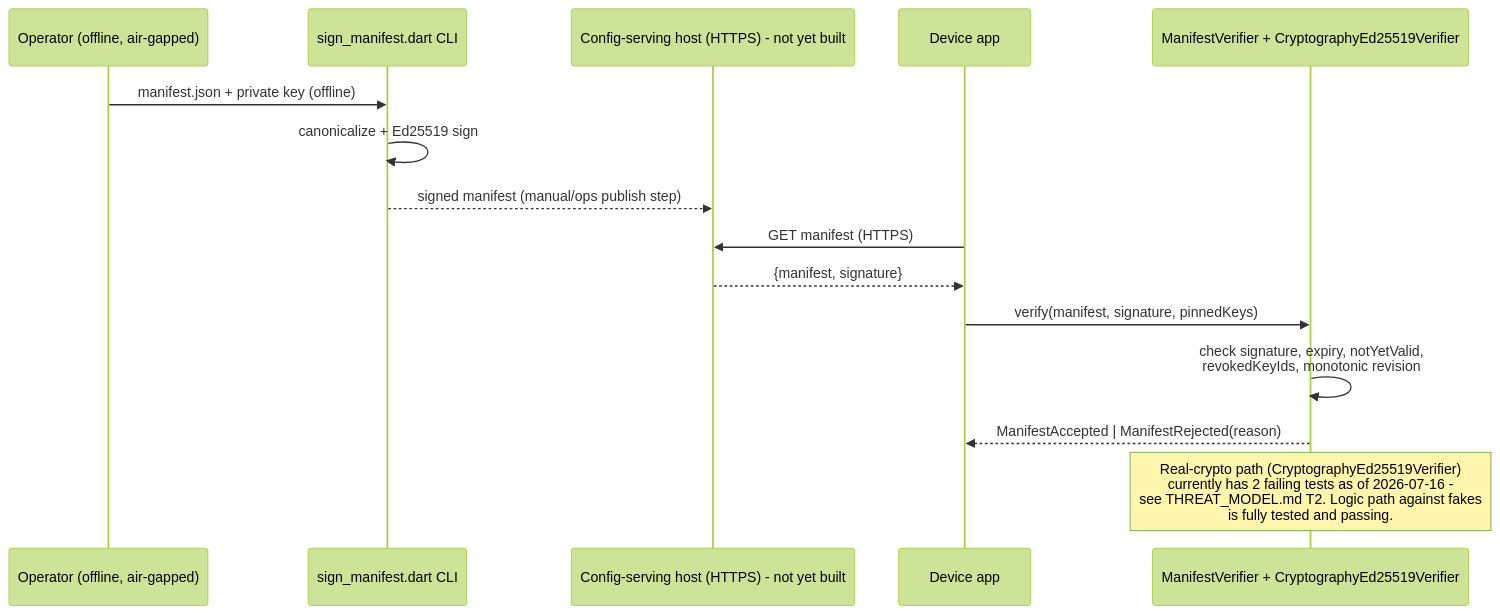
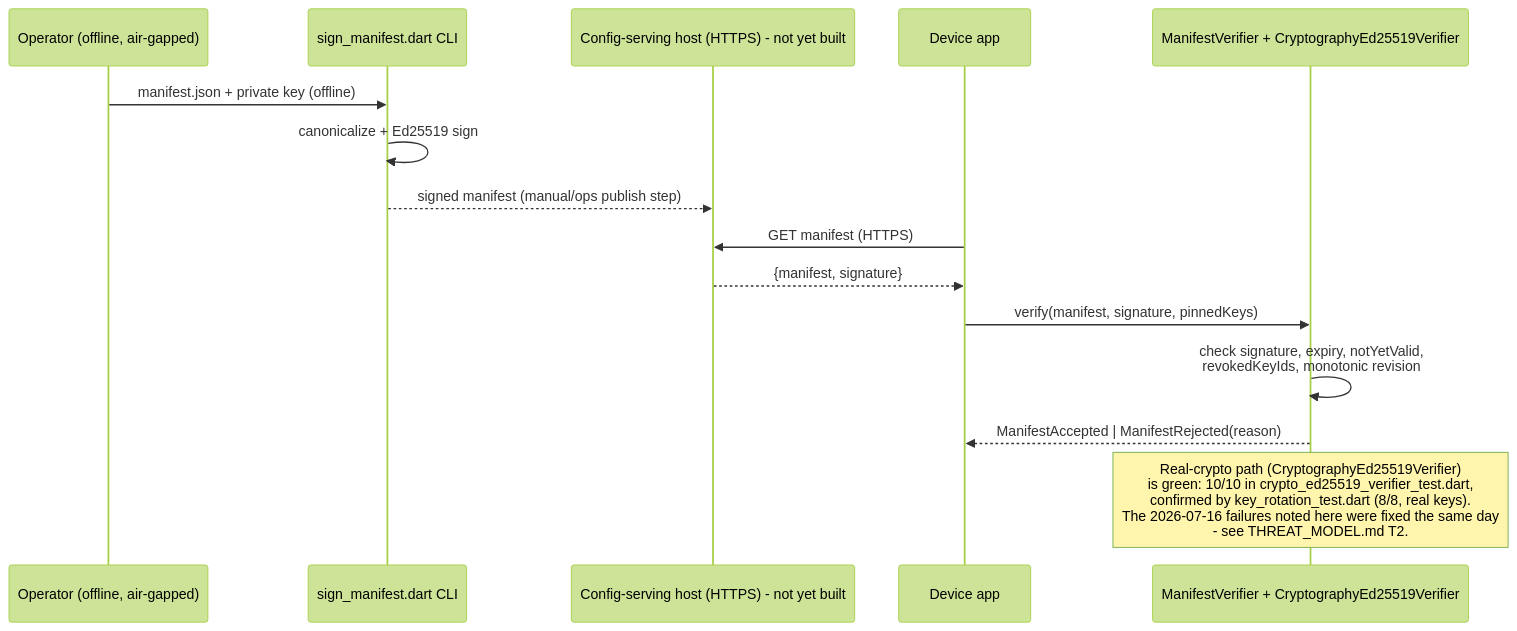
The second of 2 diagrams in docs/DATA_FLOW.md (tlscodes/liveresilient), drawn with Mermaid (forest theme) before and after one commit. The commit also changed other lines of this file and 134 other files, not shown here.

````diff
--- a/docs/DATA_FLOW.md
+++ b/docs/DATA_FLOW.md
@@ -62,18 +69,18 @@
 ```mermaid
 sequenceDiagram
     participant Op as Operator (offline, air-gapped)
     participant Signer as sign_manifest.dart CLI
     participant Host as Config-serving host (HTTPS) - not yet built
     participant App as Device app
     participant Verifier as ManifestVerifier + CryptographyEd25519Verifier
 
     Op->>Signer: manifest.json + private key (offline)
     Signer->>Signer: canonicalize + Ed25519 sign
     Signer-->>Host: signed manifest (manual/ops publish step)
     App->>Host: GET manifest (HTTPS)
     Host-->>App: {manifest, signature}
     App->>Verifier: verify(manifest, signature, pinnedKeys)
     Verifier->>Verifier: check signature, expiry, notYetValid,<br/>revokedKeyIds, monotonic revision
     Verifier-->>App: ManifestAccepted | ManifestRejected(reason)
-    Note over Verifier: Real-crypto path (CryptographyEd25519Verifier)<br/>currently has 2 failing tests as of 2026-07-16 -<br/>see THREAT_MODEL.md T2. Logic path against fakes<br/>is fully tested and passing.
+    Note over Verifier: Real-crypto path (CryptographyEd25519Verifier)<br/>is green: 10/10 in crypto_ed25519_verifier_test.dart,<br/>confirmed by key_rotation_test.dart (8/8, real keys).<br/>The 2026-07-16 failures noted here were fixed the same day<br/>- see THREAT_MODEL.md T2.
 ```
````
